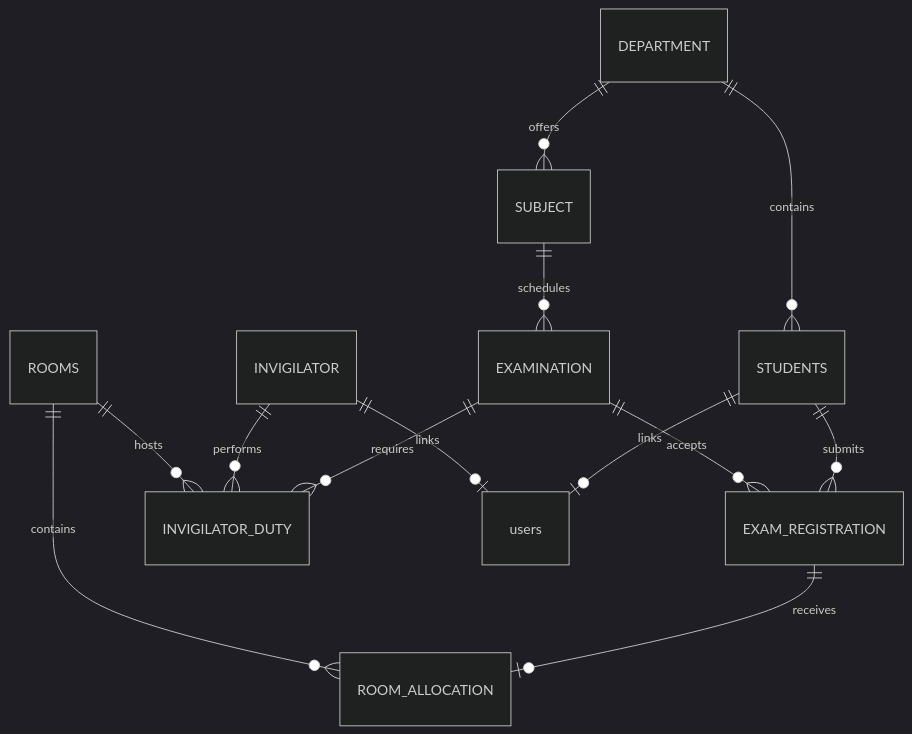
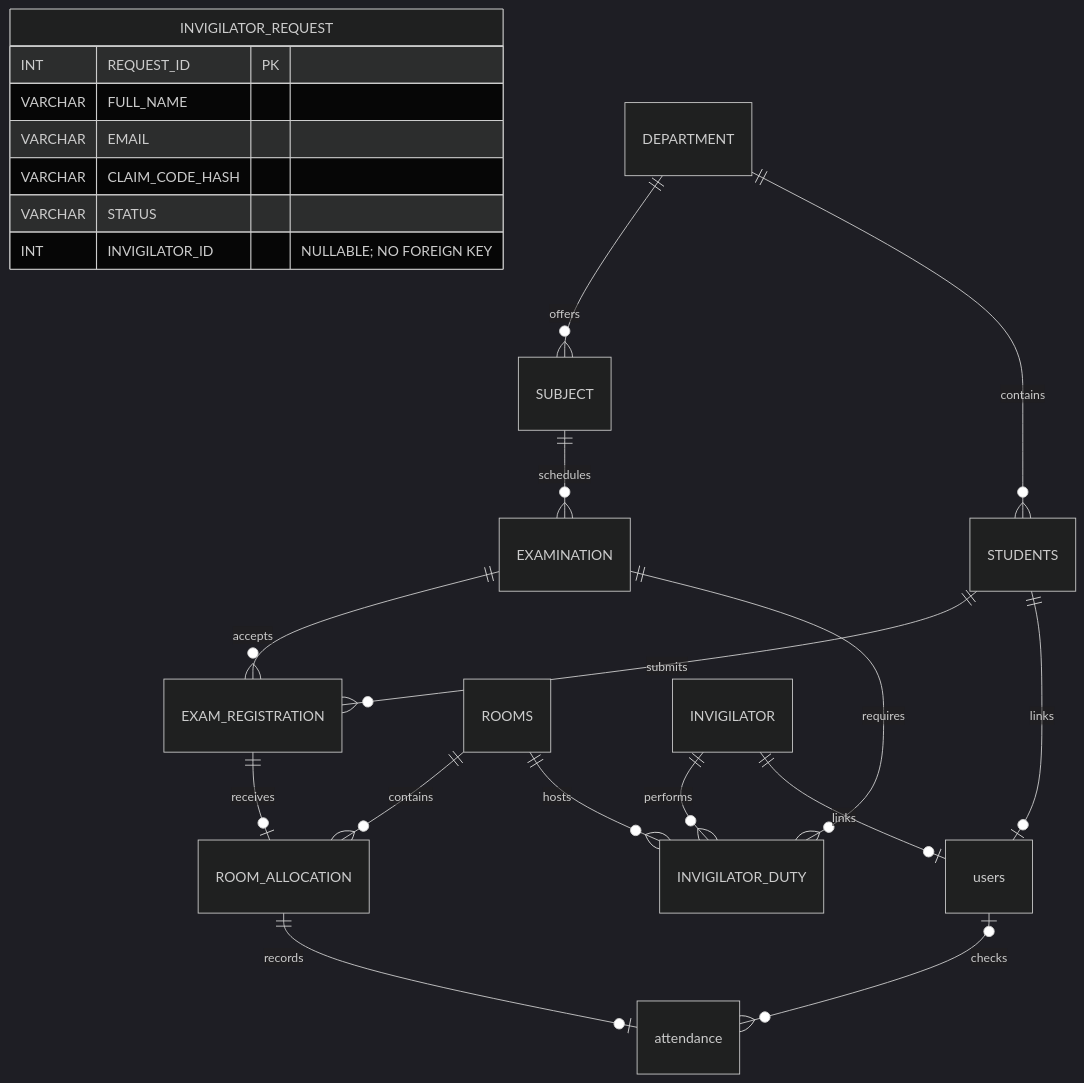
Before and after one commit to Harsh24022007/ExamSphere_College_Edition: the second of 4 diagrams in outputs/ExamSphere_Detailed_Project_Report.md, drawn with Mermaid (dark theme). The commit also changed other lines of this file and 5 other files, not shown here.

````diff
--- a/outputs/ExamSphere_Detailed_Project_Report.md
+++ b/outputs/ExamSphere_Detailed_Project_Report.md
@@ -237,15 +241,26 @@
 ```mermaid
 erDiagram
+    INVIGILATOR_REQUEST {
+        INT REQUEST_ID PK
+        VARCHAR FULL_NAME
+        VARCHAR EMAIL
+        VARCHAR CLAIM_CODE_HASH
+        VARCHAR STATUS
+        INT INVIGILATOR_ID "NULLABLE; NO FOREIGN KEY"
+    }
+
     DEPARTMENT ||--o{ SUBJECT : offers
     DEPARTMENT ||--o{ STUDENTS : contains
     SUBJECT ||--o{ EXAMINATION : schedules
     STUDENTS ||--o{ EXAM_REGISTRATION : submits
     EXAMINATION ||--o{ EXAM_REGISTRATION : accepts
     EXAM_REGISTRATION ||--o| ROOM_ALLOCATION : receives
     ROOMS ||--o{ ROOM_ALLOCATION : contains
     EXAMINATION ||--o{ INVIGILATOR_DUTY : requires
     INVIGILATOR ||--o{ INVIGILATOR_DUTY : performs
     ROOMS ||--o{ INVIGILATOR_DUTY : hosts
     STUDENTS ||--o| users : links
     INVIGILATOR ||--o| users : links
+    ROOM_ALLOCATION ||--o| attendance : records
+    users o|--o{ attendance : checks
 ```
````
